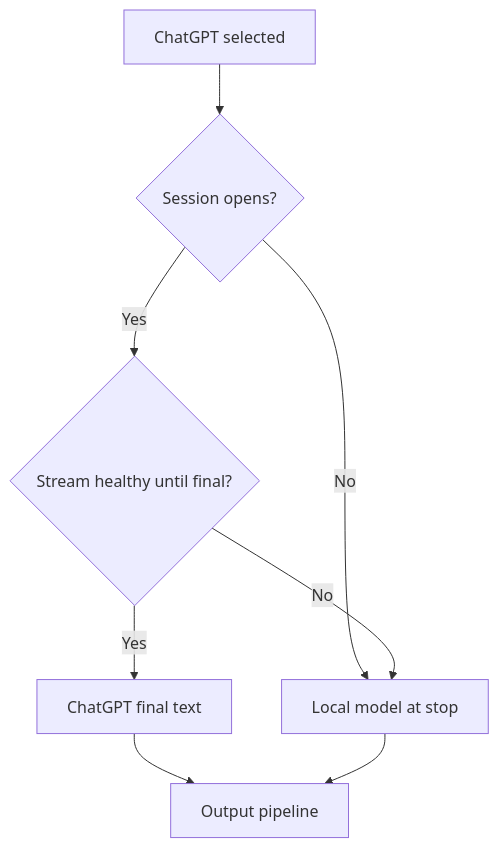
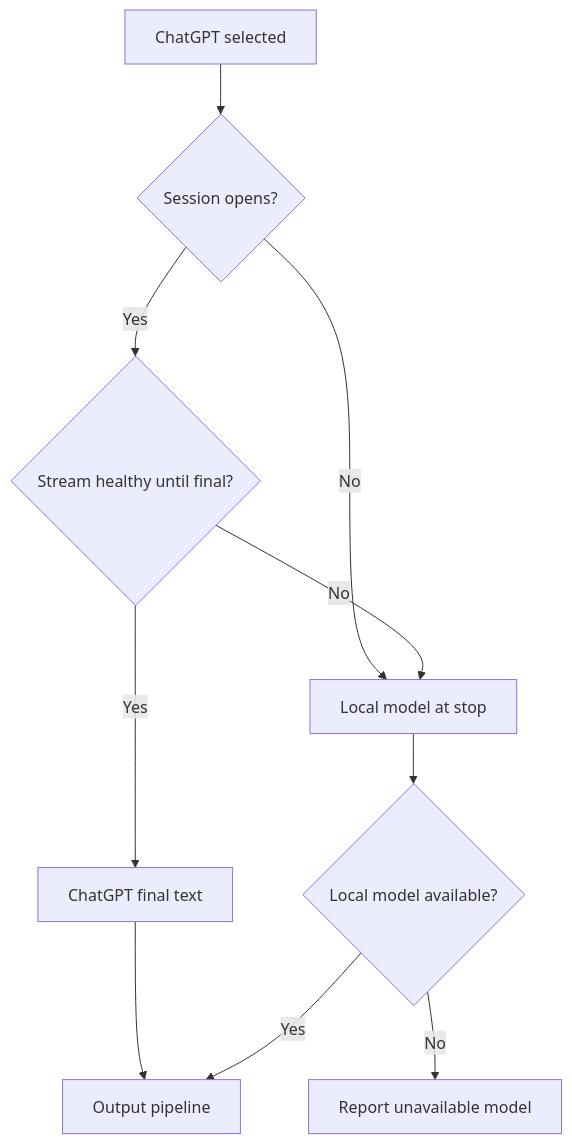
The fourth of 6 diagrams in .specs/features/024-transcription-engine/spec.md (julien-m/handy), drawn with Mermaid before and after one commit. The commit also changed other lines of this file and 44 other files, not shown here.

````diff
--- a/.specs/features/024-transcription-engine/spec.md
+++ b/.specs/features/024-transcription-engine/spec.md
@@ -146,10 +152,12 @@
 ```mermaid
 flowchart TD
     A[ChatGPT selected] --> B{Session opens?}
     B -- No --> F[Local model at stop]
     B -- Yes --> C{Stream healthy until final?}
     C -- Yes --> D[ChatGPT final text]
     C -- No --> F
     D --> E[Output pipeline]
-    F --> E
+    F --> G{Local model available?}
+    G -- Yes --> E
+    G -- No --> H[Report unavailable model]
 ```
````
